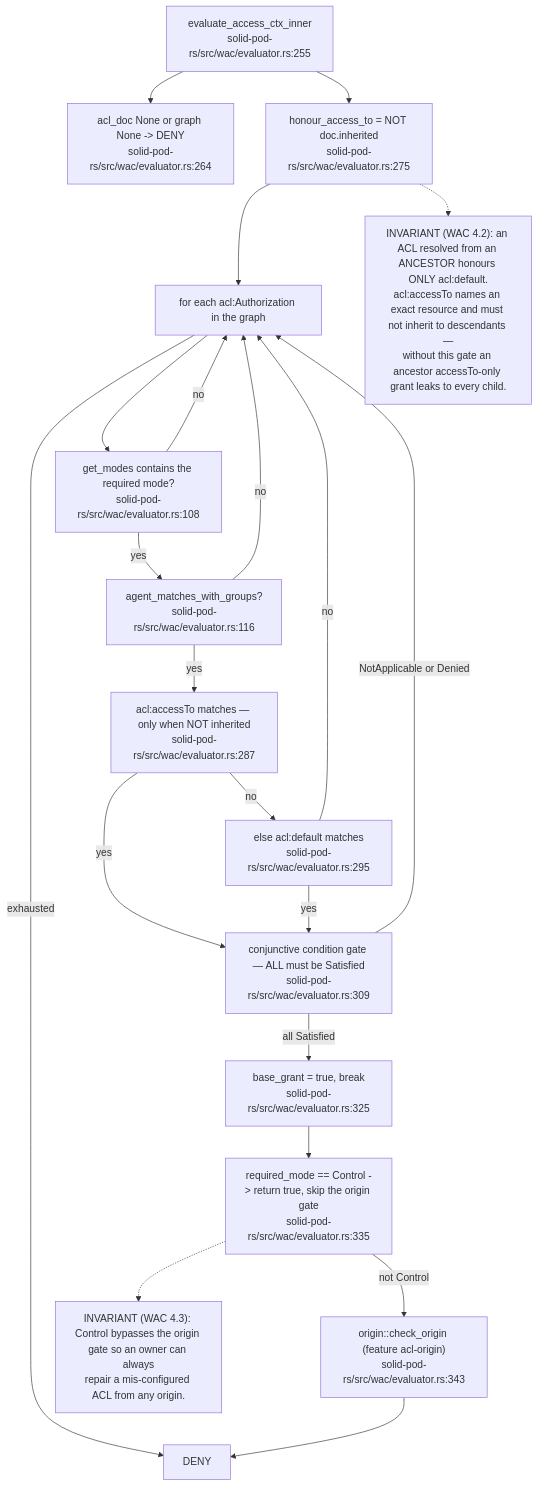
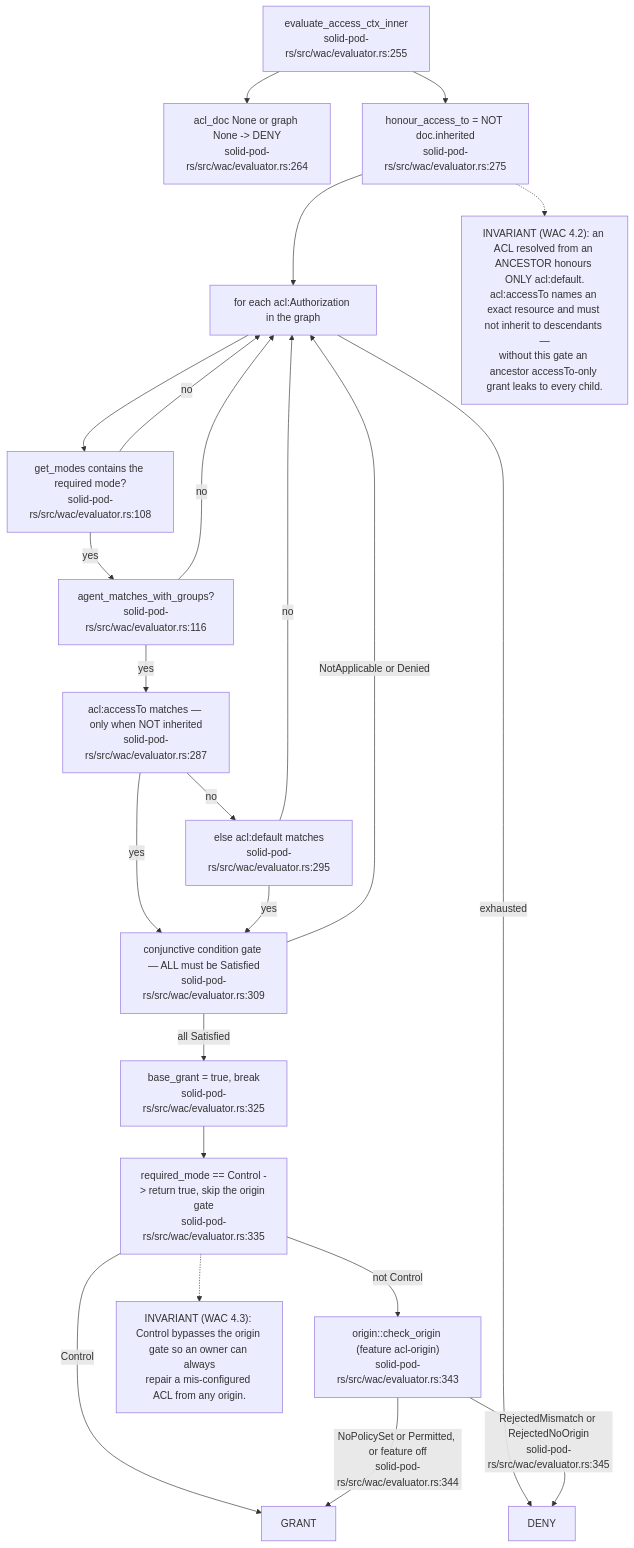
The seventh of 13 diagrams in docs/diagrams/solid-pod-rs/04-wac-authorisation.md (DreamLab-AI/VisionFlow), drawn with Mermaid before and after one commit. The commit also changed other lines of this file and 47 other files, not shown here.

````diff
--- a/docs/diagrams/solid-pod-rs/04-wac-authorisation.md
+++ b/docs/diagrams/solid-pod-rs/04-wac-authorisation.md
@@ -222,38 +237,41 @@
 ```mermaid
 flowchart TD
     START["evaluate_access_ctx_inner<br/>solid-pod-rs/src/wac/evaluator.rs:255"]
     NODOC["acl_doc None or graph None -> DENY<br/>solid-pod-rs/src/wac/evaluator.rs:264"]
     INH["honour_access_to = NOT doc.inherited<br/>solid-pod-rs/src/wac/evaluator.rs:275"]
     LOOP["for each acl:Authorization in the graph"]
     MODE["get_modes contains the required mode?<br/>solid-pod-rs/src/wac/evaluator.rs:108"]
     AGENT["agent_matches_with_groups?<br/>solid-pod-rs/src/wac/evaluator.rs:116"]
     PATHA["acl:accessTo matches — only when NOT inherited<br/>solid-pod-rs/src/wac/evaluator.rs:287"]
     PATHD["else acl:default matches<br/>solid-pod-rs/src/wac/evaluator.rs:295"]
     COND["conjunctive condition gate — ALL must be Satisfied<br/>solid-pod-rs/src/wac/evaluator.rs:309"]
     GRANT["base_grant = true, break<br/>solid-pod-rs/src/wac/evaluator.rs:325"]
     CTRL["required_mode == Control -> return true, skip the origin gate<br/>solid-pod-rs/src/wac/evaluator.rs:335"]
     ORG["origin::check_origin (feature acl-origin)<br/>solid-pod-rs/src/wac/evaluator.rs:343"]
+    ALLOW["GRANT"]
     DENY["DENY"]
 
     START --> NODOC
     START --> INH --> LOOP --> MODE
     MODE -- no --> LOOP
     MODE -- yes --> AGENT
     AGENT -- no --> LOOP
     AGENT -- yes --> PATHA
     PATHA -- no --> PATHD
     PATHD -- no --> LOOP
     PATHA -- yes --> COND
     PATHD -- yes --> COND
     COND -- "NotApplicable or Denied" --> LOOP
     COND -- all Satisfied --> GRANT
     LOOP -- exhausted --> DENY
     GRANT --> CTRL
+    CTRL -- Control --> ALLOW
     CTRL -- not Control --> ORG
-    ORG --> DENY
+    ORG -- "NoPolicySet or Permitted, or feature off<br/>solid-pod-rs/src/wac/evaluator.rs:344" --> ALLOW
+    ORG -- "RejectedMismatch or RejectedNoOrigin<br/>solid-pod-rs/src/wac/evaluator.rs:345" --> DENY
 
     N["INVARIANT (WAC 4.2): an ACL resolved from an ANCESTOR honours ONLY acl:default.<br/>acl:accessTo names an exact resource and must not inherit to descendants —<br/>without this gate an ancestor accessTo-only grant leaks to every child."]
     INH -.-> N
     N2["INVARIANT (WAC 4.3): Control bypasses the origin gate so an owner can always<br/>repair a mis-configured ACL from any origin."]
     CTRL -.-> N2
 ```
````
